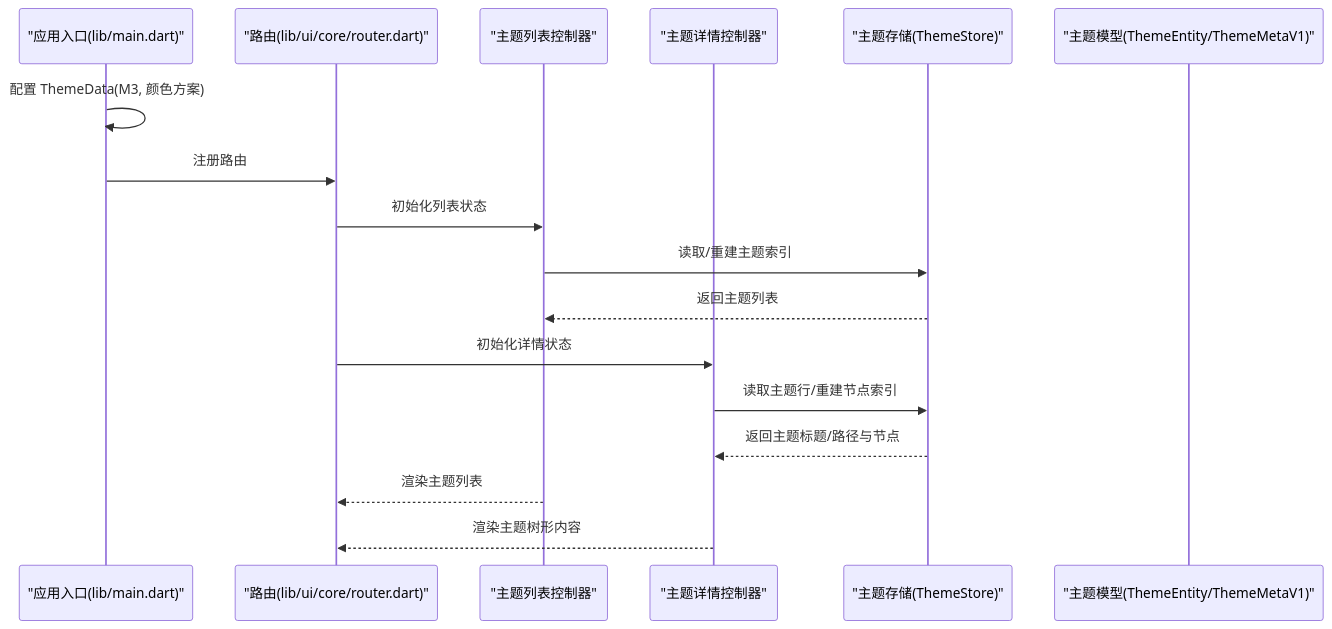
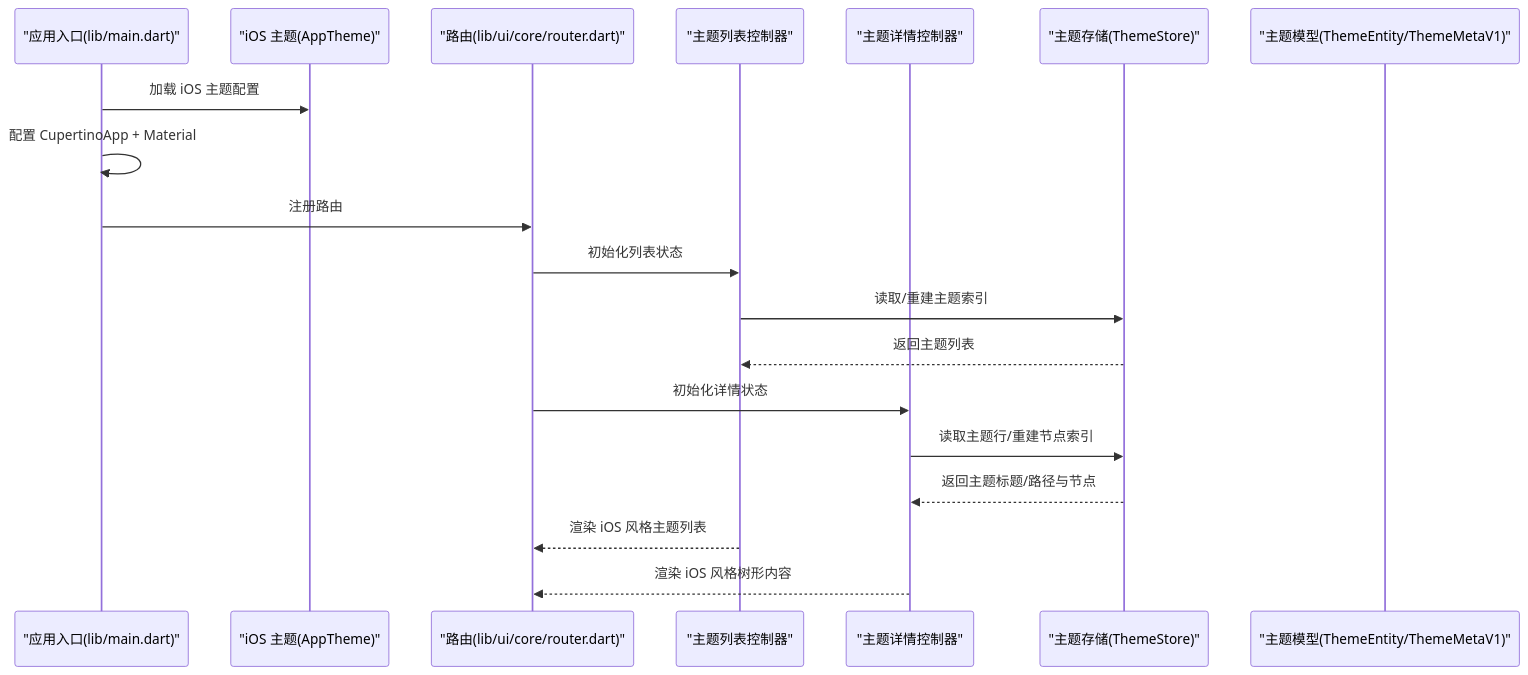
The second of 5 diagrams in .qoder/repowiki/zh/content/架构设计/UI 组件架构/主题系统.md (Ykworm/thktree), drawn with Mermaid before and after one commit. The commit also changed other lines of this file and 45 other files, not shown here.

````diff
--- a/.qoder/repowiki/zh/content/架构设计/UI 组件架构/主题系统.md
+++ b/.qoder/repowiki/zh/content/架构设计/UI 组件架构/主题系统.md
@@ -119,19 +133,21 @@
 ```mermaid
 sequenceDiagram
 participant App as "应用入口(lib/main.dart)"
+participant Theme as "iOS 主题(AppTheme)"
 participant Router as "路由(lib/ui/core/router.dart)"
 participant ListCtrl as "主题列表控制器"
 participant DetailCtrl as "主题详情控制器"
 participant Store as "主题存储(ThemeStore)"
 participant Model as "主题模型(ThemeEntity/ThemeMetaV1)"
-App->>App : 配置 ThemeData(M3, 颜色方案)
+App->>Theme : 加载 iOS 主题配置
+App->>App : 配置 CupertinoApp + Material
 App->>Router : 注册路由
 Router->>ListCtrl : 初始化列表状态
 ListCtrl->>Store : 读取/重建主题索引
 Store-->>ListCtrl : 返回主题列表
 Router->>DetailCtrl : 初始化详情状态
 DetailCtrl->>Store : 读取主题行/重建节点索引
 Store-->>DetailCtrl : 返回主题标题/路径与节点
-ListCtrl-->>Router : 渲染主题列表
-DetailCtrl-->>Router : 渲染主题树形内容
+ListCtrl-->>Router : 渲染 iOS 风格主题列表
+DetailCtrl-->>Router : 渲染 iOS 风格树形内容
 ```
````
